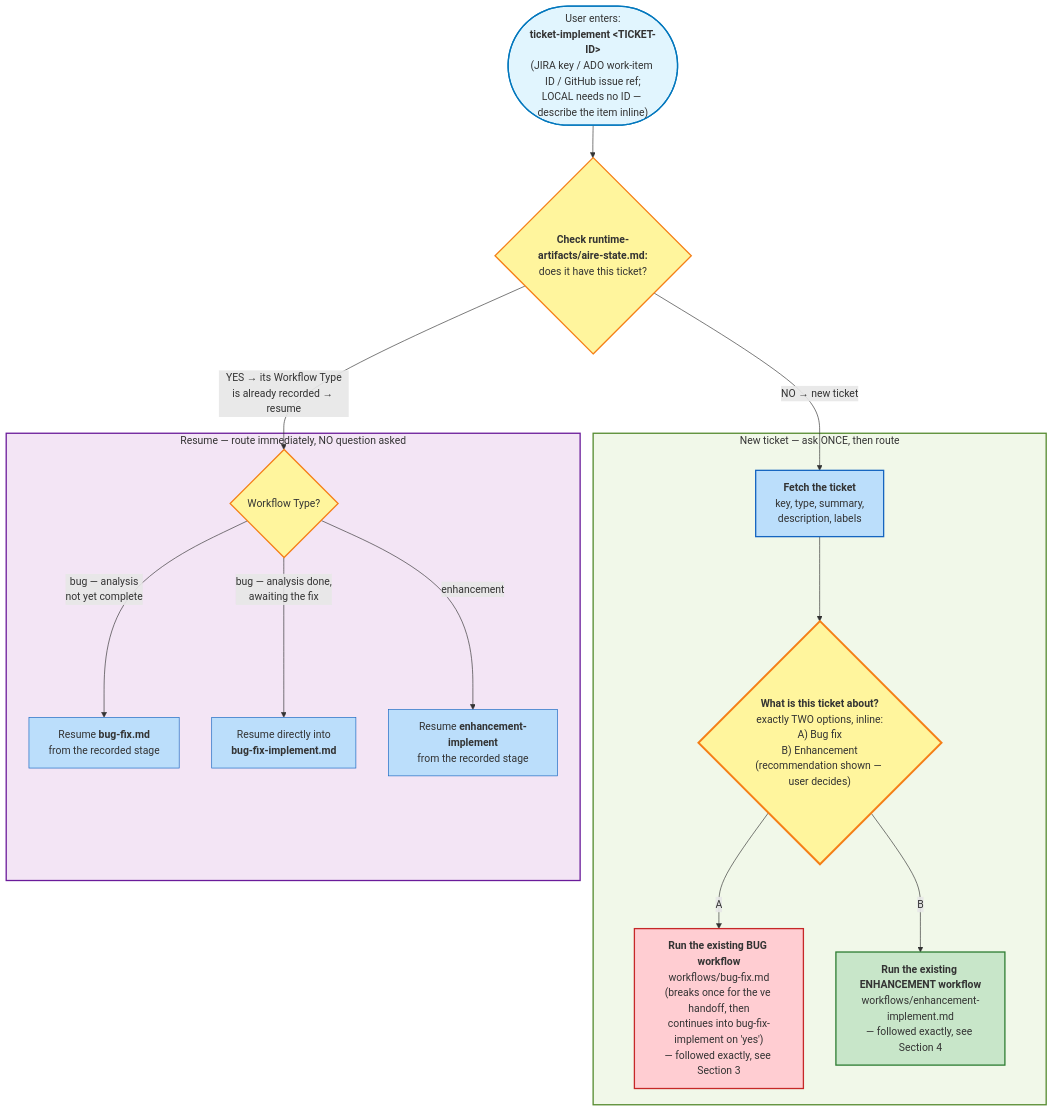
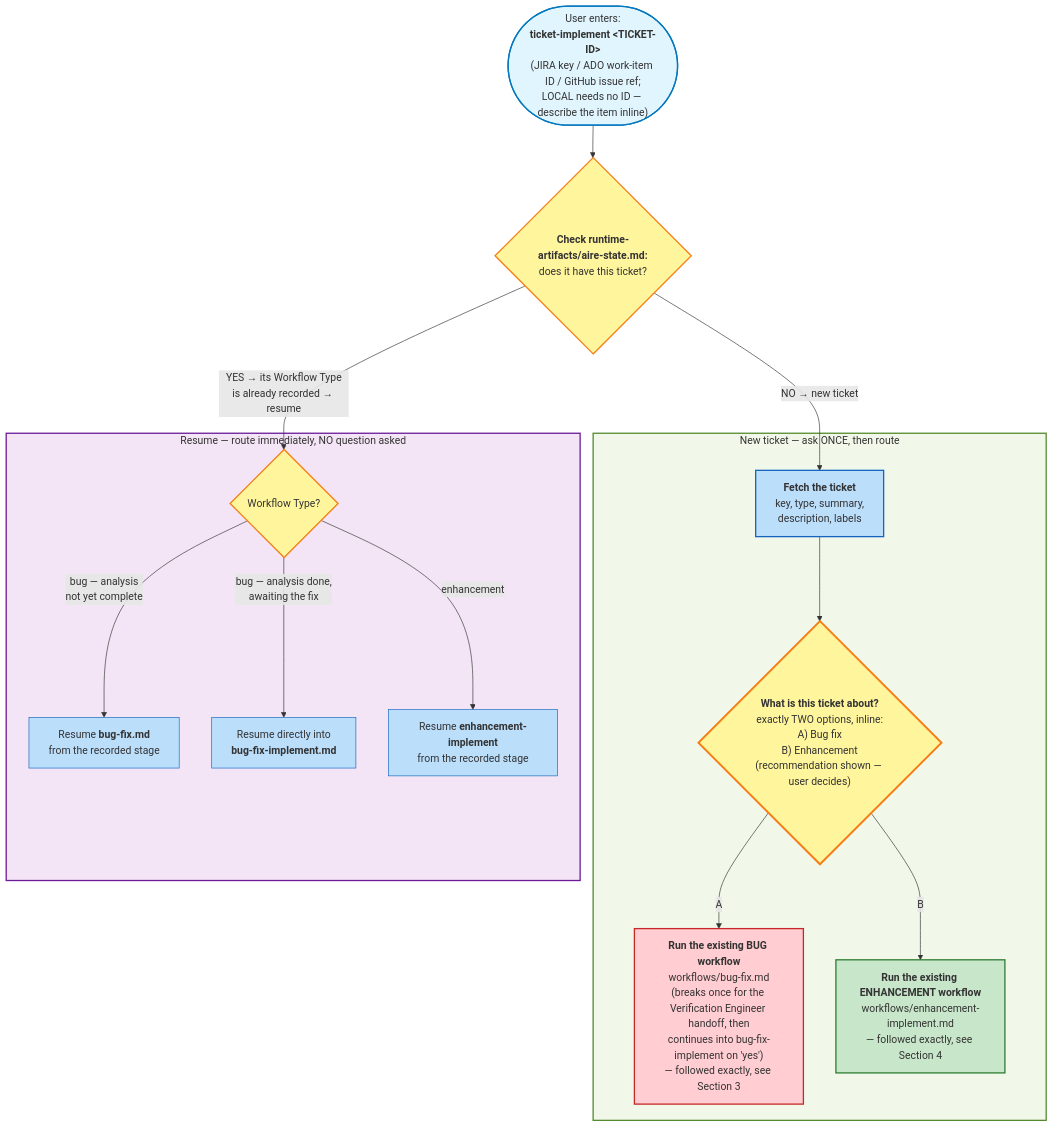
One commit to Shailendrayadav0666/billing-cycle-copy3 changed the fifth of 10 diagrams in aire-workflow/aire-workflow-diagram.md. Above: the diagram before and after it, drawn with Mermaid. The commit also changed other lines of this file and 2 other files, not shown here.

````diff
--- a/aire-workflow/aire-workflow-diagram.md
+++ b/aire-workflow/aire-workflow-diagram.md
@@ -916,49 +893,49 @@
 ```mermaid
 flowchart TD
     TRIGGER(["User enters:<br/><b>ticket-implement &lt;TICKET-ID&gt;</b><br/>(JIRA key / ADO work-item ID / GitHub issue ref;<br/>LOCAL needs no ID — describe the item inline)"])
 
     TRIGGER --> STATE{"<b>Check runtime-artifacts/aire-state.md:</b><br/>does it have this ticket?"}
 
     %% ═══════════════════════════════════════════════════
     %% MAIN FLOW — NEW TICKET (no prior state)
     %% ═══════════════════════════════════════════════════
 
     STATE -->|"NO → new ticket"| FETCH
 
     subgraph NEWFLOW ["New ticket — ask ONCE, then route"]
         FETCH["<b>Fetch the ticket</b><br/>key, type, summary,<br/>description, labels"]
 
         FETCH --> ASK{"<b>What is this ticket about?</b><br/>exactly TWO options, inline:<br/>A) Bug fix<br/>B) Enhancement<br/>(recommendation shown — user decides)"}
 
-        ASK -->|"A"| BUG["<b>Run the existing BUG workflow</b><br/>workflows/bug-fix.md<br/>(breaks once for the ve handoff, then<br/>continues into bug-fix-implement on 'yes')<br/>— followed exactly, see Section 3"]
+        ASK -->|"A"| BUG["<b>Run the existing BUG workflow</b><br/>workflows/bug-fix.md<br/>(breaks once for the Verification Engineer handoff, then<br/>continues into bug-fix-implement on 'yes')<br/>— followed exactly, see Section 3"]
         ASK -->|"B"| ENH["<b>Run the existing ENHANCEMENT workflow</b><br/>workflows/enhancement-implement.md<br/>— followed exactly, see Section 4"]
     end
 
     %% ═══════════════════════════════════════════════════
     %% RESUME — CLASSIFICATION ALREADY MADE (no question)
     %% ═══════════════════════════════════════════════════
 
     STATE -->|"YES → its Workflow Type<br/>is already recorded → resume"| RTYPE
 
     subgraph RESUMEFLOW ["Resume — route immediately, NO question asked"]
         RTYPE{"Workflow Type?"}
         RTYPE -->|"bug — analysis<br/>not yet complete"| RBUG["Resume <b>bug-fix.md</b><br/>from the recorded stage"]
         RTYPE -->|"bug — analysis done,<br/>awaiting the fix"| RBUGIMPL["Resume directly into<br/><b>bug-fix-implement.md</b>"]
         RTYPE -->|"enhancement"| RENH["Resume <b>enhancement-implement</b><br/>from the recorded stage"]
     end
 
 
 
     style TRIGGER fill:#E1F5FE,stroke:#0277BD,stroke-width:2px
     style STATE fill:#FFF59D,stroke:#F57F17,stroke-width:2px
     style FETCH fill:#BBDEFB,stroke:#1565C0,stroke-width:2px
     style ASK fill:#FFF59D,stroke:#F57F17,stroke-width:3px
     style BUG fill:#FFCDD2,stroke:#C62828,stroke-width:2px
     style ENH fill:#C8E6C9,stroke:#2E7D32,stroke-width:2px
     style RTYPE fill:#FFF59D,stroke:#F57F17,stroke-width:2px
     style RBUG fill:#BBDEFB,stroke:#1565C0
     style RBUGIMPL fill:#BBDEFB,stroke:#1565C0
     style RENH fill:#BBDEFB,stroke:#1565C0
     style NEWFLOW fill:#F1F8E9,stroke:#558B2F,stroke-width:2px
     style RESUMEFLOW fill:#F3E5F5,stroke:#6A1B9A,stroke-width:2px
 ```
````
